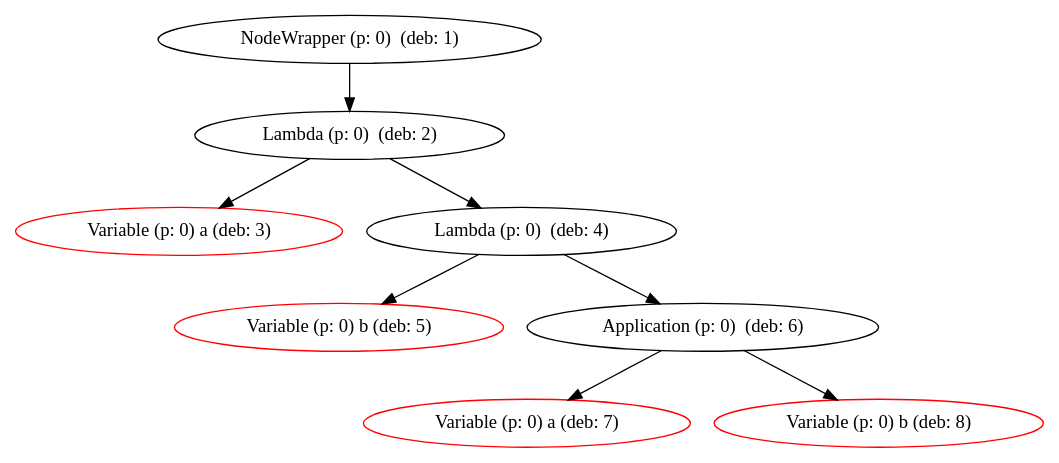
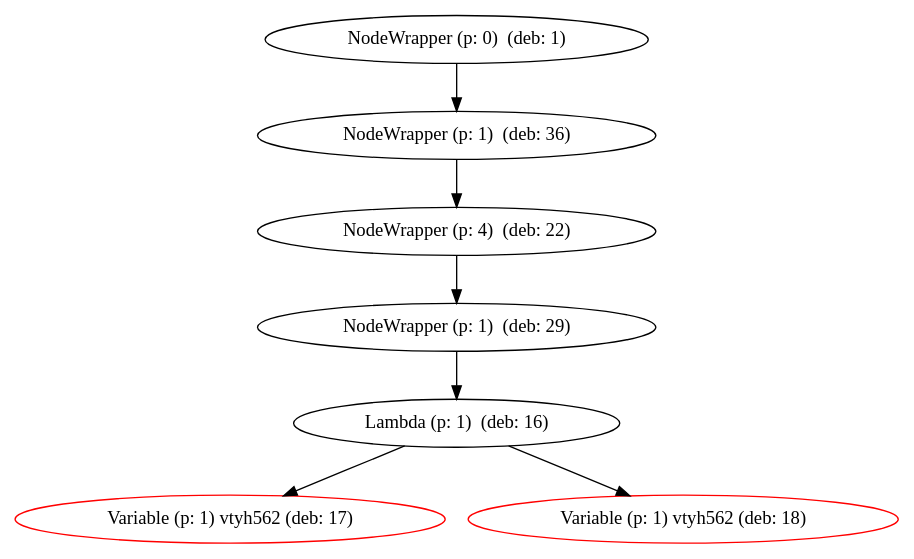
Before and after one commit to niki999922/Matlog: the diagram in Lambda.dot, drawn with Graphviz. The commit also changed 15 other files, not shown here.

```diff
--- a/Lambda.dot
+++ b/Lambda.dot
@@ -1,18 +1,16 @@
 digraph Lambda {
 205797316 [label="NodeWrapper (p: 0)  (deb: 1)"];
-205797316 -> {812265671};
-812265671 [label="Lambda (p: 0)  (deb: 2)"];
-812265671 -> {193064360};
-812265671 -> {109961541};
-193064360 [label="Variable (p: 0) a (deb: 3)", color=red];
-109961541 [label="Lambda (p: 0)  (deb: 4)"];
-109961541 -> {670700378};
-109961541 -> {1190654826};
-670700378 [label="Variable (p: 0) b (deb: 5)", color=red];
-1190654826 [label="Application (p: 0)  (deb: 6)"];
-1190654826 -> {1109371569};
-1190654826 -> {728890494};
-1109371569 [label="Variable (p: 0) a (deb: 7)", color=red];
-728890494 [label="Variable (p: 0) b (deb: 8)", color=red];
+205797316 -> {1942406066};
+1942406066 [label="NodeWrapper (p: 1)  (deb: 36)"];
+1942406066 -> {1642360923};
+1642360923 [label="NodeWrapper (p: 4)  (deb: 22)"];
+1642360923 -> {1766822961};
+1766822961 [label="NodeWrapper (p: 1)  (deb: 29)"];
+1766822961 -> {1775282465};
+1775282465 [label="Lambda (p: 1)  (deb: 16)"];
+1775282465 -> {1267032364};
+1775282465 -> {661672156};
+1267032364 [label="Variable (p: 1) vtyh562 (deb: 17)", color=red];
+661672156 [label="Variable (p: 1) vtyh562 (deb: 18)", color=red];
 
 }
```
